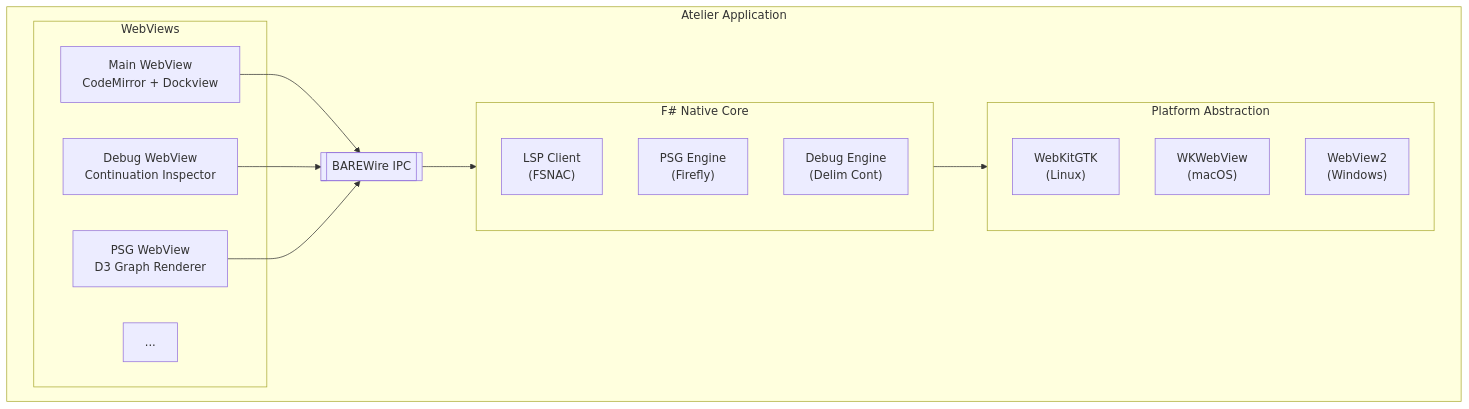
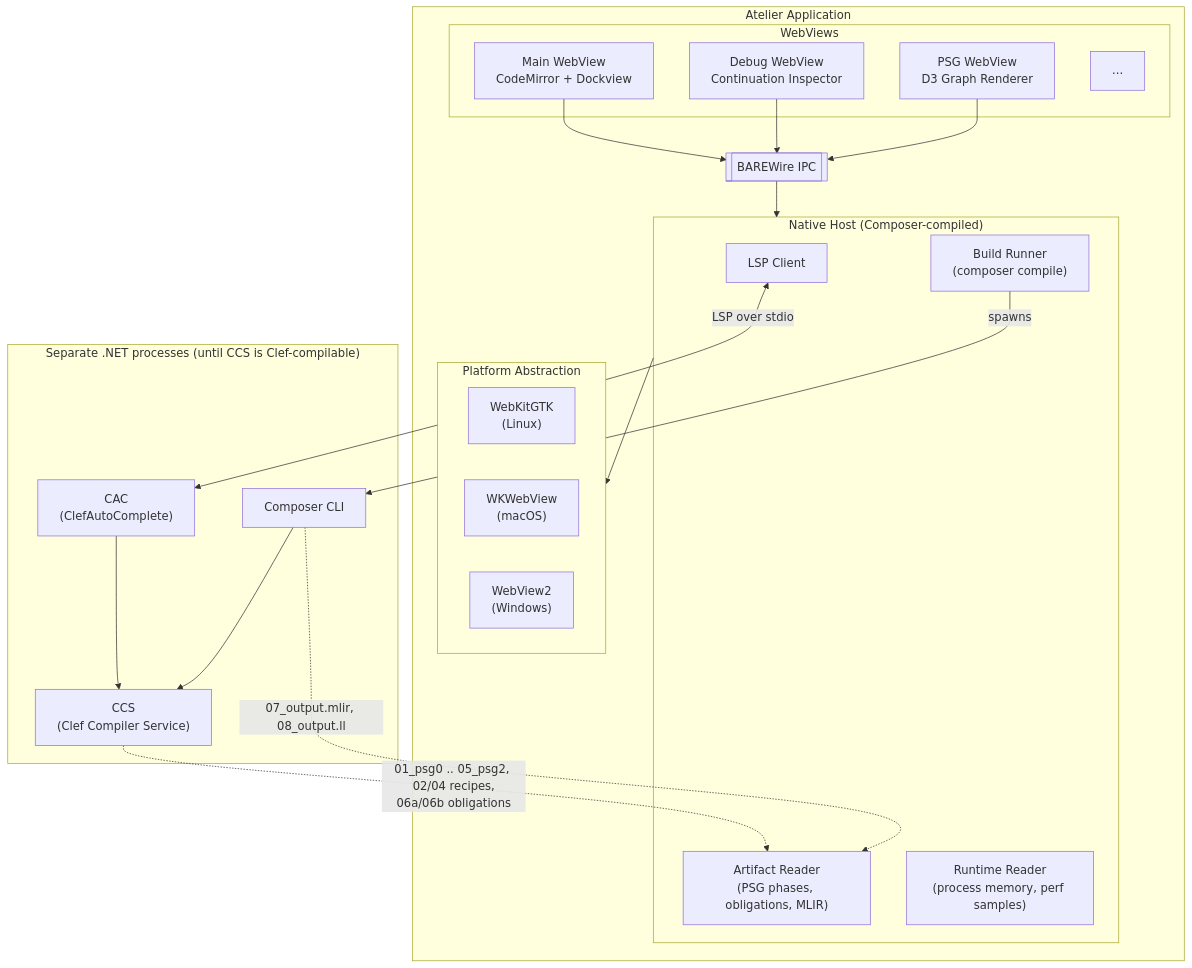
One commit to FidelityFramework/Atelier changed the diagram in README.md. Above: the diagram before and after it, drawn with Mermaid. The commit also changed other lines of this file and 23 other files, not shown here.

Commit message:
docs: align to the PSG-as-authority view; clef/* extension namespace; wren naming (on top of rename sweep)

````diff
--- a/README.md
+++ b/README.md
@@ -28,29 +34,42 @@
 ```mermaid
 flowchart TB
     subgraph app["Atelier Application"]
         subgraph webviews["WebViews"]
             main["Main WebView<br/>CodeMirror + Dockview"]
             debug["Debug WebView<br/>Continuation Inspector"]
             psg["PSG WebView<br/>D3 Graph Renderer"]
             more["..."]
         end
 
         ipc[["BAREWire IPC"]]
 
-        subgraph core["F# Native Core"]
-            lsp["LSP Client<br/>(FSNAC)"]
-            psgeng["PSG Engine<br/>(Firefly)"]
-            debugeng["Debug Engine<br/>(Delim Cont)"]
+        subgraph core["Native Host (Composer-compiled)"]
+            lsp["LSP Client"]
+            reader["Artifact Reader<br/>(PSG phases, obligations, MLIR)"]
+            runner["Build Runner<br/>(composer compile)"]
+            runtime["Runtime Reader<br/>(process memory, perf samples)"]
         end
 
         subgraph platform["Platform Abstraction"]
             linux["WebKitGTK<br/>(Linux)"]
             macos["WKWebView<br/>(macOS)"]
             windows["WebView2<br/>(Windows)"]
         end
     end
 
+    subgraph dotnet["Separate .NET processes (until CCS is Clef-compilable)"]
+        cac["CAC<br/>(ClefAutoComplete)"]
+        composer["Composer CLI"]
+        ccs["CCS<br/>(Clef Compiler Service)"]
+    end
+
     main & debug & psg --> ipc
     ipc --> core
     core --> platform
+    lsp <-->|"LSP over stdio"| cac
+    runner -->|"spawns"| composer
+    cac --> ccs
+    composer --> ccs
+    ccs -.->|"01_psg0 .. 05_psg2, 02/04 recipes,<br/>06a/06b obligations"| reader
+    composer -.->|"07_output.mlir, 08_output.ll"| reader
 ```
````
